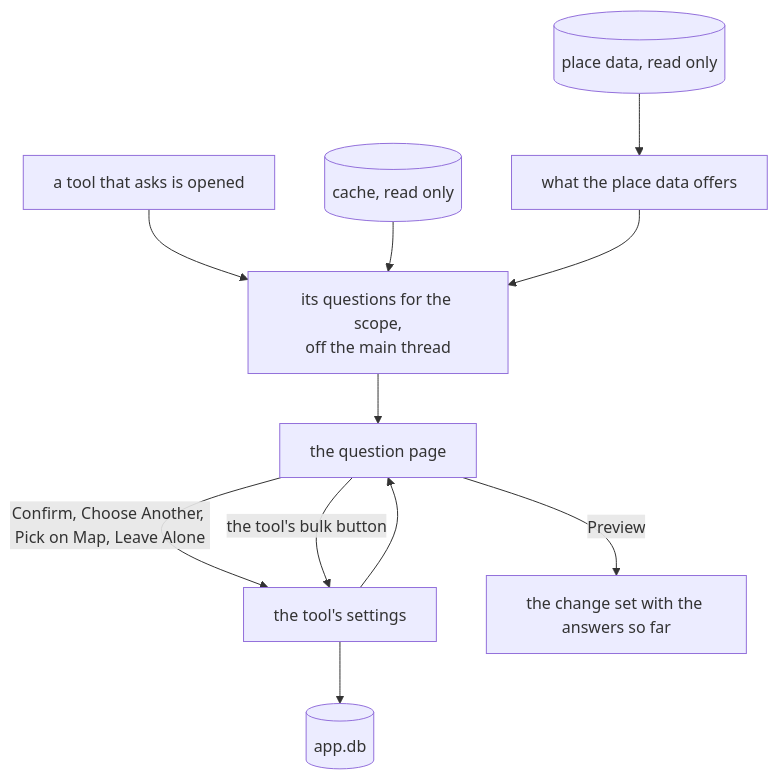
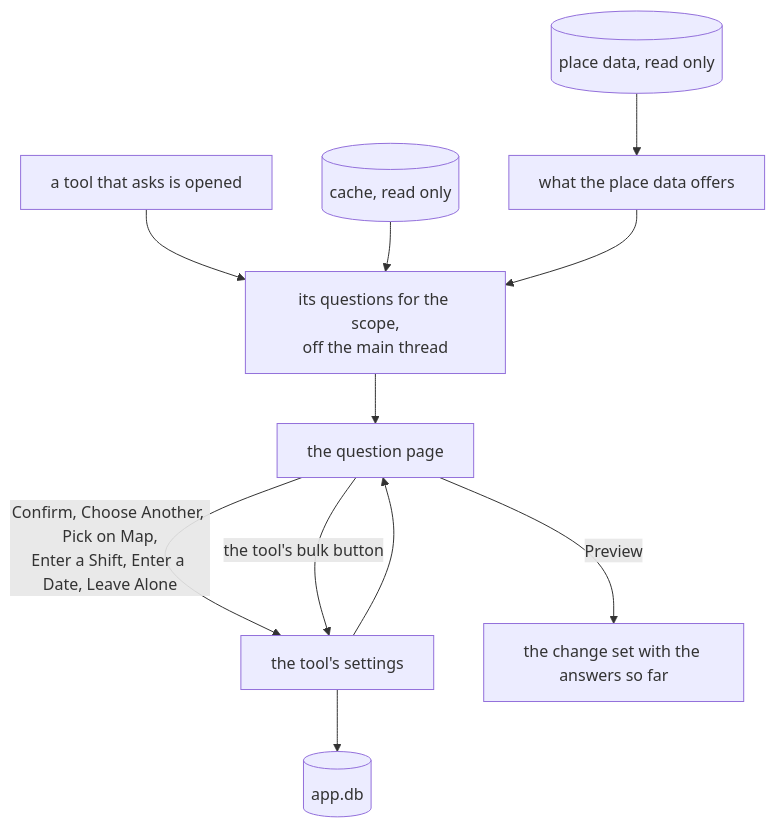
The second of 3 diagrams in docs/tools.md (xuedi/photoManager), drawn with Mermaid before and after one commit. The commit also changed other lines of this file and 3 other files, not shown here.

````diff
--- a/docs/tools.md
+++ b/docs/tools.md
@@ -87,13 +102,13 @@
 ```mermaid
 flowchart TD
     open[a tool that asks is opened] --> ask[its questions for the scope,<br/>off the main thread]
     cache[(cache, read only)] --> ask
     geo[(place data, read only)] --> offers[what the place data offers]
     offers --> ask
     ask --> page[the question page]
-    page -- Confirm, Choose Another, Pick on Map, Leave Alone --> answers[the tool's settings]
+    page -- Confirm, Choose Another, Pick on Map,<br/>Enter a Shift, Enter a Date, Leave Alone --> answers[the tool's settings]
     page -- the tool's bulk button --> answers
     answers --> kept[(app.db)]
     answers --> page
     page -- Preview --> preview[the change set with the answers so far]
 ```
````
